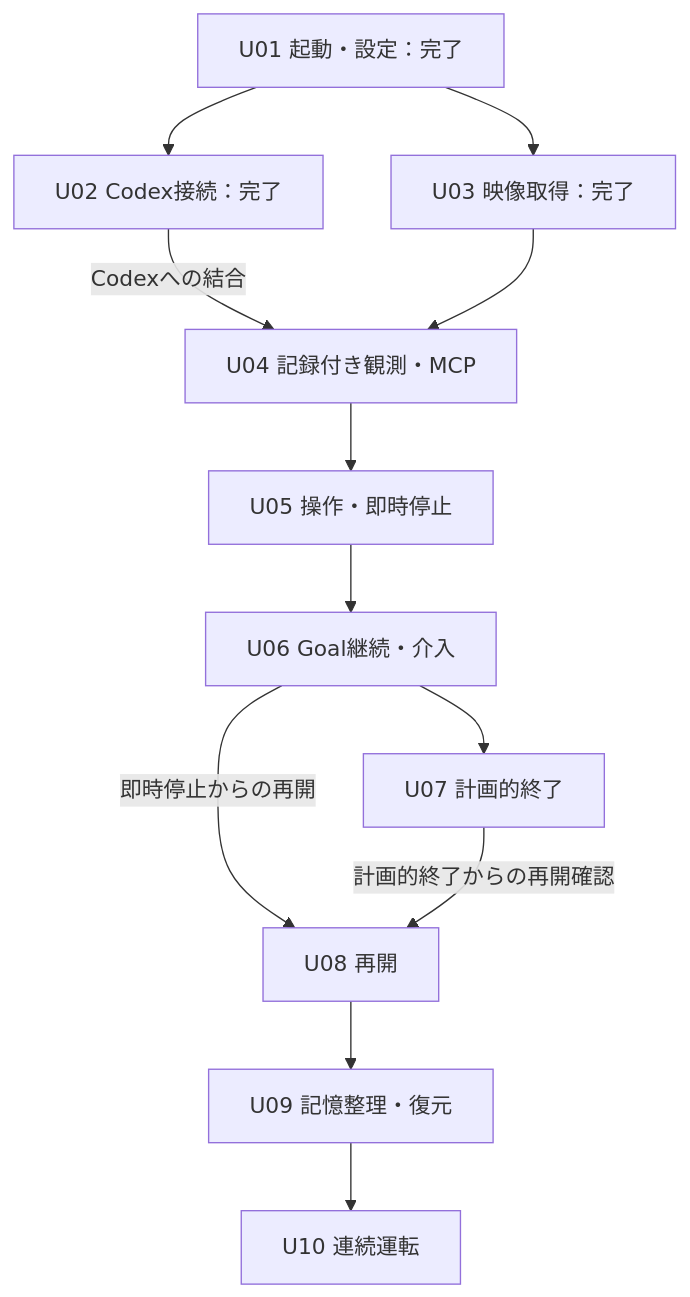
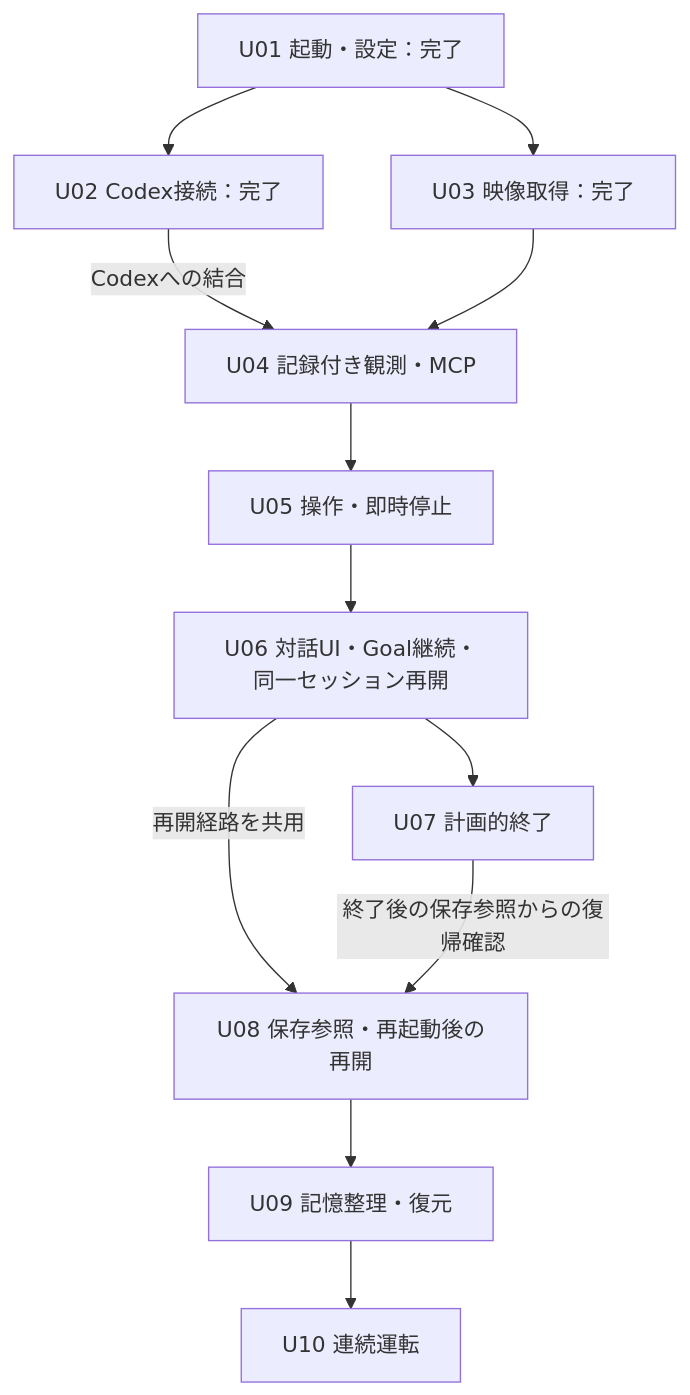
The diagram in spec/initial/05-implementation.md (niart120/Project_Gigas), drawn with Mermaid before and after one commit. The commit also changed other lines of this file and 14 other files, not shown here.

````diff
--- a/spec/initial/05-implementation.md
+++ b/spec/initial/05-implementation.md
@@ -53,14 +53,14 @@
 ```mermaid
 flowchart TD
     U01["U01 起動・設定：完了"] --> U02["U02 Codex接続：完了"]
     U01 --> U03["U03 映像取得：完了"]
     U02 -->|"Codexへの結合"| U04["U04 記録付き観測・MCP"]
     U03 --> U04
     U04 --> U05["U05 操作・即時停止"]
-    U05 --> U06["U06 Goal継続・介入"]
+    U05 --> U06["U06 対話UI・Goal継続・同一セッション再開"]
     U06 --> U07["U07 計画的終了"]
-    U06 -->|"即時停止からの再開"| U08["U08 再開"]
-    U07 -->|"計画的終了からの再開確認"| U08
+    U06 -->|"再開経路を共用"| U08["U08 保存参照・再起動後の再開"]
+    U07 -->|"終了後の保存参照からの復帰確認"| U08
     U08 --> U09["U09 記憶整理・復元"]
     U09 --> U10["U10 連続運転"]
 ```
````
